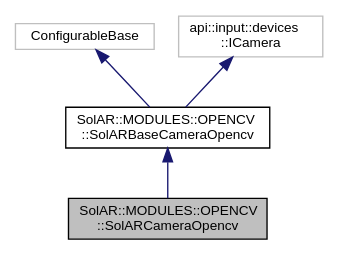
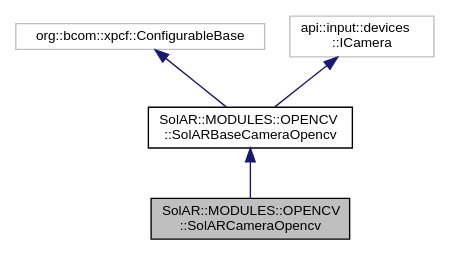
Before and after one commit to SolarFramework/solarframework.github.io: the diagram in api_module_documentation/class_sol_a_r_1_1_m_o_d_u_l_e_s_1_1_o_p_e_n_c_v_1_1_sol_a_r_camera_opencv__coll__graph.dot, drawn with Graphviz. The commit also changed 784 other files, not shown here.

```diff
--- a/api_module_documentation/class_sol_a_r_1_1_m_o_d_u_l_e_s_1_1_o_p_e_n_c_v_1_1_sol_a_r_camera_opencv__coll__graph.dot
+++ b/api_module_documentation/class_sol_a_r_1_1_m_o_d_u_l_e_s_1_1_o_p_e_n_c_v_1_1_sol_a_r_camera_opencv__coll__graph.dot
@@ -1,12 +1,13 @@
 digraph "SolAR::MODULES::OPENCV::SolARCameraOpencv"
 {
+ // LATEX_PDF_SIZE
   edge [fontname="Helvetica",fontsize="10",labelfontname="Helvetica",labelfontsize="10"];
   node [fontname="Helvetica",fontsize="10",shape=record];
-  Node4 [label="SolAR::MODULES::OPENCV\l::SolARCameraOpencv",height=0.2,width=0.4,color="black", fillcolor="grey75", style="filled", fontcolor="black"];
-  Node5 -> Node4 [dir="back",color="midnightblue",fontsize="10",style="solid",fontname="Helvetica"];
-  Node5 [label="SolAR::MODULES::OPENCV\l::SolARBaseCameraOpencv",height=0.2,width=0.4,color="black", fillcolor="white", style="filled",URL="$class_sol_a_r_1_1_m_o_d_u_l_e_s_1_1_o_p_e_n_c_v_1_1_sol_a_r_base_camera_opencv.html",tooltip="Grabs current image captured by a RGB camera. UUID: 5b7396f4-a804-4f3c-a0eb-fb1d56042bb4 ..."];
-  Node6 -> Node5 [dir="back",color="midnightblue",fontsize="10",style="solid",fontname="Helvetica"];
-  Node6 [label="ConfigurableBase",height=0.2,width=0.4,color="grey75", fillcolor="white", style="filled"];
-  Node7 -> Node5 [dir="back",color="midnightblue",fontsize="10",style="solid",fontname="Helvetica"];
-  Node7 [label="api::input::devices\l::ICamera",height=0.2,width=0.4,color="grey75", fillcolor="white", style="filled"];
+  Node1 [label="SolAR::MODULES::OPENCV\l::SolARCameraOpencv",height=0.2,width=0.4,color="black", fillcolor="grey75", style="filled", fontcolor="black",tooltip="Grabs current image captured by a RGB camera. UUID: 5b7396f4-a804-4f3c-a0eb-fb1d56042bb4"];
+  Node2 -> Node1 [dir="back",color="midnightblue",fontsize="10",style="solid",fontname="Helvetica"];
+  Node2 [label="SolAR::MODULES::OPENCV\l::SolARBaseCameraOpencv",height=0.2,width=0.4,color="black", fillcolor="white", style="filled",URL="$class_sol_a_r_1_1_m_o_d_u_l_e_s_1_1_o_p_e_n_c_v_1_1_sol_a_r_base_camera_opencv.html",tooltip="Grabs current image captured by a RGB camera. UUID: 5b7396f4-a804-4f3c-a0eb-fb1d56042bb4"];
+  Node3 -> Node2 [dir="back",color="midnightblue",fontsize="10",style="solid",fontname="Helvetica"];
+  Node3 [label="org::bcom::xpcf::ConfigurableBase",height=0.2,width=0.4,color="grey75", fillcolor="white", style="filled",tooltip=" "];
+  Node4 -> Node2 [dir="back",color="midnightblue",fontsize="10",style="solid",fontname="Helvetica"];
+  Node4 [label="api::input::devices\l::ICamera",height=0.2,width=0.4,color="grey75", fillcolor="white", style="filled",tooltip=" "];
 }
```
